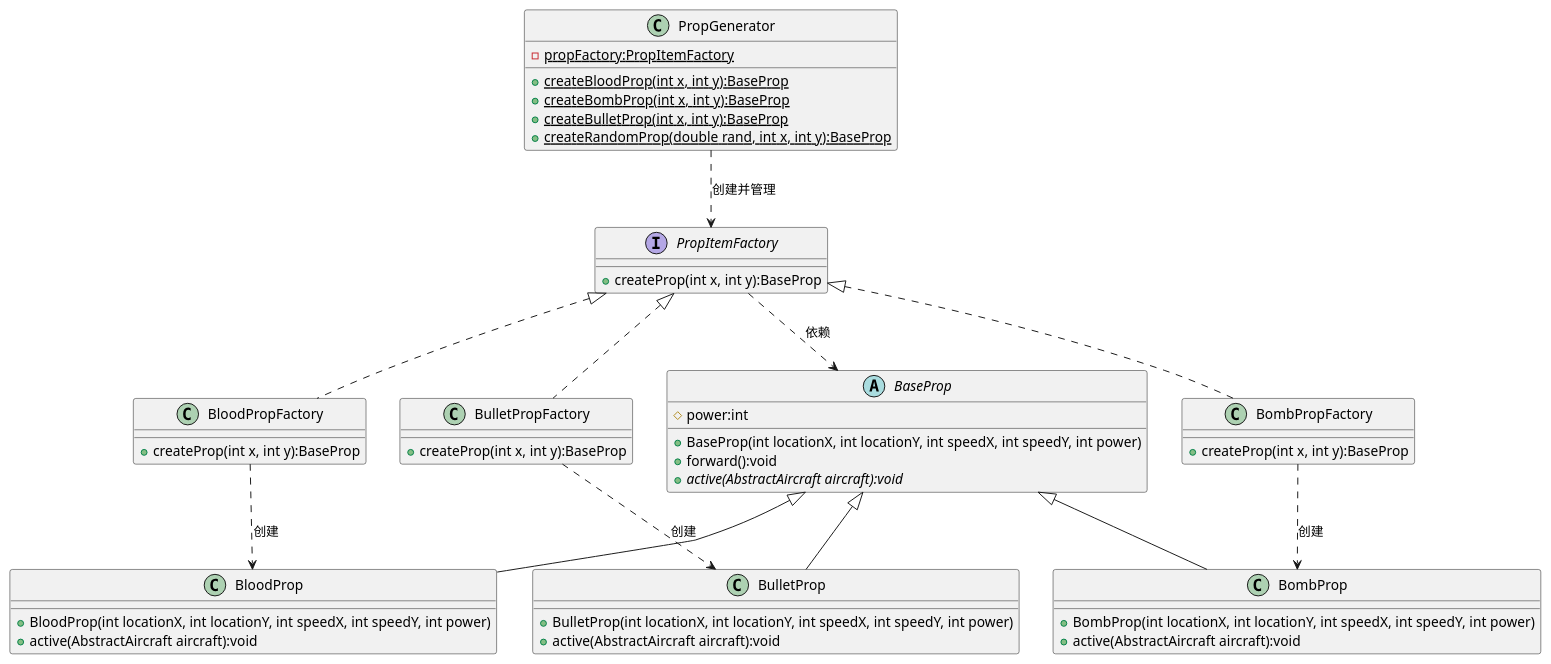
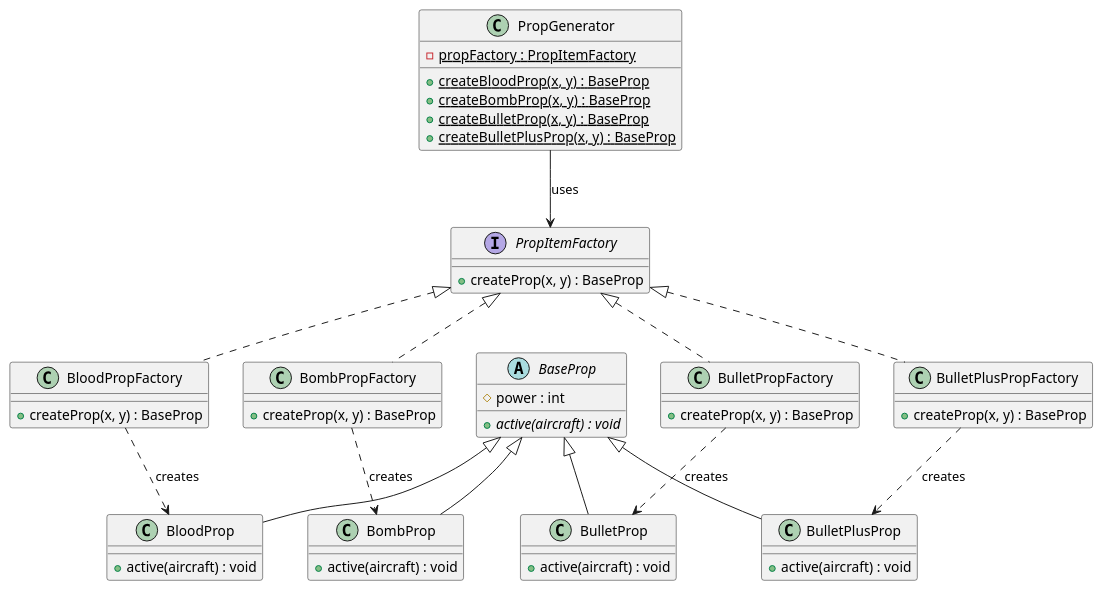
The diagram in uml/lab2_factoryprop.puml (Mercury-0510/Software25Lab), drawn with PlantUML before and after one commit. The commit also changed 16 other files, not shown here.

```diff
--- a/uml/lab2_factoryprop.puml
+++ b/uml/lab2_factoryprop.puml
@@ -1,71 +1,69 @@
-@startuml
-'https://plantuml.com/class-diagram
-
-abstract class BaseProp
-{
-    # power:int
-    
-    + BaseProp(int locationX, int locationY, int speedX, int speedY, int power)
-    + forward():void
-    + {abstract} active(AbstractAircraft aircraft):void
-}
-
-class BloodProp
-{
-    + BloodProp(int locationX, int locationY, int speedX, int speedY, int power)
-    + active(AbstractAircraft aircraft):void
-}
-
-class BombProp
-{
-    + BombProp(int locationX, int locationY, int speedX, int speedY, int power)
-    + active(AbstractAircraft aircraft):void
-}
-
-class BulletProp
-{
-    + BulletProp(int locationX, int locationY, int speedX, int speedY, int power)
-    + active(AbstractAircraft aircraft):void
-}
+@startuml factoryprop
 
 interface PropItemFactory {
-    + createProp(int x, int y):BaseProp
+    + createProp(x, y) : BaseProp
 }
 
 class BloodPropFactory {
-    + createProp(int x, int y):BaseProp
+    + createProp(x, y) : BaseProp
 }
 
 class BombPropFactory {
-    + createProp(int x, int y):BaseProp
+    + createProp(x, y) : BaseProp
 }
 
 class BulletPropFactory {
-    + createProp(int x, int y):BaseProp
+    + createProp(x, y) : BaseProp
+}
+
+class BulletPlusPropFactory {
+    + createProp(x, y) : BaseProp
+}
+
+abstract class BaseProp {
+    # power : int
+    + {abstract} active(aircraft) : void
+}
+
+class BloodProp {
+    + active(aircraft) : void
+}
+
+class BombProp {
+    + active(aircraft) : void
+}
+
+class BulletProp {
+    + active(aircraft) : void
+}
+
+class BulletPlusProp {
+    + active(aircraft) : void
 }
 
 class PropGenerator {
-    - {static} propFactory:PropItemFactory
-    
-    + {static} createBloodProp(int x, int y):BaseProp
-    + {static} createBombProp(int x, int y):BaseProp
-    + {static} createBulletProp(int x, int y):BaseProp
-    + {static} createRandomProp(double rand, int x, int y):BaseProp
+    - {static} propFactory : PropItemFactory
+    + {static} createBloodProp(x, y) : BaseProp
+    + {static} createBombProp(x, y) : BaseProp
+    + {static} createBulletProp(x, y) : BaseProp
+    + {static} createBulletPlusProp(x, y) : BaseProp
 }
 
-BloodPropFactory ..> BloodProp : 创建
-BombPropFactory ..> BombProp : 创建
-BulletPropFactory ..> BulletProp : 创建
+PropItemFactory <|.. BloodPropFactory
+PropItemFactory <|.. BombPropFactory
+PropItemFactory <|.. BulletPropFactory
+PropItemFactory <|.. BulletPlusPropFactory
+
+PropGenerator --> PropItemFactory : uses
 
 BaseProp <|-- BloodProp
 BaseProp <|-- BombProp
 BaseProp <|-- BulletProp
+BaseProp <|-- BulletPlusProp
 
-PropItemFactory <|.. BloodPropFactory
-PropItemFactory <|.. BombPropFactory
-PropItemFactory <|.. BulletPropFactory
-PropGenerator ..> PropItemFactory : 创建并管理
-
-PropItemFactory ..> BaseProp : 依赖
+BloodPropFactory ..> BloodProp : creates
+BombPropFactory ..> BombProp : creates
+BulletPropFactory ..> BulletProp : creates
+BulletPlusPropFactory ..> BulletPlusProp : creates
 
 @enduml
```
